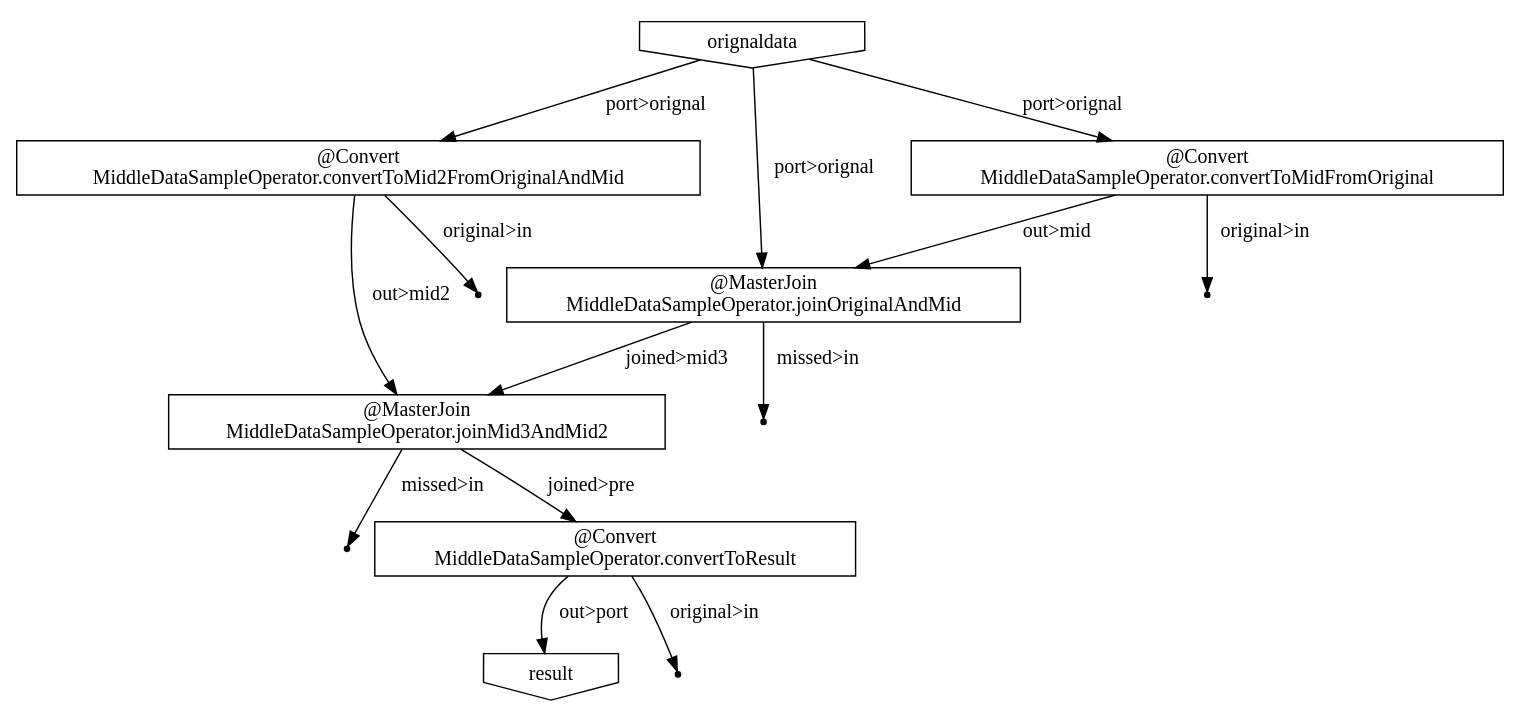
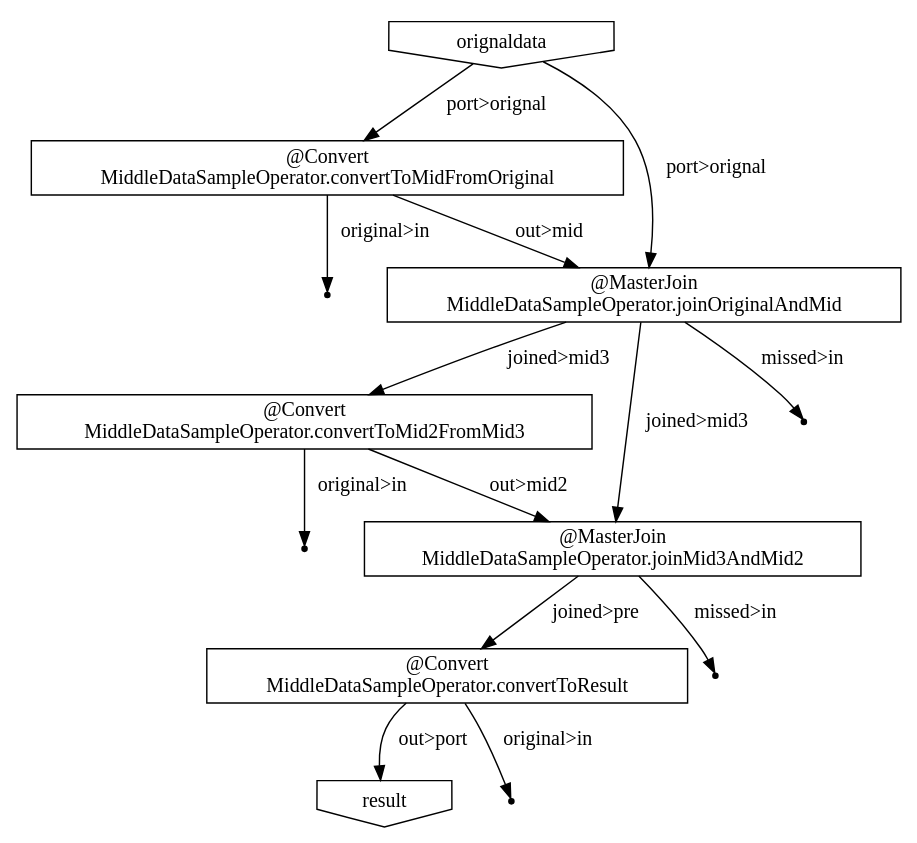
The diagram in target/batchc/mdsBatch/opt/dsl-analysis/jobflow/TheMiddataSampleJobFlow/flowgraph.dot (ironpeace/AsakusaMiddleDataSample), drawn with Graphviz before and after one commit. The commit also changed 62 other files, not shown here.

```diff
--- a/target/batchc/mdsBatch/opt/dsl-analysis/jobflow/TheMiddataSampleJobFlow/flowgraph.dot
+++ b/target/batchc/mdsBatch/opt/dsl-analysis/jobflow/TheMiddataSampleJobFlow/flowgraph.dot
@@ -1,27 +1,27 @@
 digraph {
-    "c7204c4f-f026-4775-9d00-3e72ca866353" [shape=point];
-    "e3698f4d-df55-47b6-97d8-f5b9108ef071" [shape=invhouse, label="result"];
-    "5bc02a93-436a-4862-87d8-0832439a6fc8" [shape=point];
-    "8edd0e8f-5926-4d5b-a360-19b13ff2522b" [shape=box, label="@MasterJoin\nMiddleDataSampleOperator.joinOriginalAndMid"];
-    "09aebe5f-8ca9-412e-89f6-36b0ee525d2d" [shape=point];
-    "ae2a4e70-0056-4b8c-afb5-39affea0e6df" [shape=box, label="@Convert\nMiddleDataSampleOperator.convertToResult"];
-    "9514477b-f8ee-42fd-ad8e-4962601d3ca7" [shape=point];
-    "1f30f8e2-1eb3-47fd-8234-4a13d2b5a603" [shape=box, label="@Convert\nMiddleDataSampleOperator.convertToMid2FromOriginalAndMid"];
-    "34f0b20b-9102-47e5-9708-22c4ca7b243b" [shape=box, label="@Convert\nMiddleDataSampleOperator.convertToMidFromOriginal"];
-    "7fe9c237-5a77-4731-a1bf-584d07fb73f2" [shape=box, label="@MasterJoin\nMiddleDataSampleOperator.joinMid3AndMid2"];
-    "aca6e442-1237-4152-81c9-b6a6ab6c3294" [shape=point];
-    "310396bf-e7be-4a6b-9349-fcac3cb2d5d7" [shape=invhouse, label="orignaldata"];
-    "8edd0e8f-5926-4d5b-a360-19b13ff2522b" -> "7fe9c237-5a77-4731-a1bf-584d07fb73f2" [label="joined>mid3"];
-    "8edd0e8f-5926-4d5b-a360-19b13ff2522b" -> "9514477b-f8ee-42fd-ad8e-4962601d3ca7" [label="missed>in"];
-    "ae2a4e70-0056-4b8c-afb5-39affea0e6df" -> "5bc02a93-436a-4862-87d8-0832439a6fc8" [label="original>in"];
-    "ae2a4e70-0056-4b8c-afb5-39affea0e6df" -> "e3698f4d-df55-47b6-97d8-f5b9108ef071" [label="out>port"];
-    "1f30f8e2-1eb3-47fd-8234-4a13d2b5a603" -> "c7204c4f-f026-4775-9d00-3e72ca866353" [label="original>in"];
-    "1f30f8e2-1eb3-47fd-8234-4a13d2b5a603" -> "7fe9c237-5a77-4731-a1bf-584d07fb73f2" [label="out>mid2"];
-    "34f0b20b-9102-47e5-9708-22c4ca7b243b" -> "aca6e442-1237-4152-81c9-b6a6ab6c3294" [label="original>in"];
-    "34f0b20b-9102-47e5-9708-22c4ca7b243b" -> "8edd0e8f-5926-4d5b-a360-19b13ff2522b" [label="out>mid"];
-    "7fe9c237-5a77-4731-a1bf-584d07fb73f2" -> "ae2a4e70-0056-4b8c-afb5-39affea0e6df" [label="joined>pre"];
-    "7fe9c237-5a77-4731-a1bf-584d07fb73f2" -> "09aebe5f-8ca9-412e-89f6-36b0ee525d2d" [label="missed>in"];
-    "310396bf-e7be-4a6b-9349-fcac3cb2d5d7" -> "1f30f8e2-1eb3-47fd-8234-4a13d2b5a603" [label="port>orignal"];
-    "310396bf-e7be-4a6b-9349-fcac3cb2d5d7" -> "8edd0e8f-5926-4d5b-a360-19b13ff2522b" [label="port>orignal"];
-    "310396bf-e7be-4a6b-9349-fcac3cb2d5d7" -> "34f0b20b-9102-47e5-9708-22c4ca7b243b" [label="port>orignal"];
+    "2f9c2322-43f4-4ea8-9551-e88dc27ebe5a" [shape=box, label="@Convert\nMiddleDataSampleOperator.convertToMidFromOriginal"];
+    "4d9634c6-f118-4435-8390-788b3f1ba6c4" [shape=point];
+    "66360e42-c0dc-4e4a-a77e-97712091dc70" [shape=box, label="@Convert\nMiddleDataSampleOperator.convertToMid2FromMid3"];
+    "3599399a-b2dd-405e-b1e5-df13f9ad7a33" [shape=box, label="@MasterJoin\nMiddleDataSampleOperator.joinMid3AndMid2"];
+    "6a4da746-89e7-4ab1-82d9-36e37a303d5f" [shape=point];
+    "3626f55a-d399-4545-b53a-dd2d4ab4a784" [shape=box, label="@Convert\nMiddleDataSampleOperator.convertToResult"];
+    "001649ab-33f6-4834-b01a-935a26713a26" [shape=box, label="@MasterJoin\nMiddleDataSampleOperator.joinOriginalAndMid"];
+    "b1fb1b67-c06c-40b6-8947-54c8abee3fe1" [shape=invhouse, label="result"];
+    "c9ddfafd-3d0b-4fe1-9471-475a9d108d16" [shape=point];
+    "65cefb49-c673-4c9e-983a-428e26fb5806" [shape=point];
+    "4db66942-a329-4e92-970f-58f8dd1c0dab" [shape=invhouse, label="orignaldata"];
+    "4c80c810-6811-497e-a49f-2e48dcef69fe" [shape=point];
+    "2f9c2322-43f4-4ea8-9551-e88dc27ebe5a" -> "4d9634c6-f118-4435-8390-788b3f1ba6c4" [label="original>in"];
+    "2f9c2322-43f4-4ea8-9551-e88dc27ebe5a" -> "001649ab-33f6-4834-b01a-935a26713a26" [label="out>mid"];
+    "66360e42-c0dc-4e4a-a77e-97712091dc70" -> "65cefb49-c673-4c9e-983a-428e26fb5806" [label="original>in"];
+    "66360e42-c0dc-4e4a-a77e-97712091dc70" -> "3599399a-b2dd-405e-b1e5-df13f9ad7a33" [label="out>mid2"];
+    "3599399a-b2dd-405e-b1e5-df13f9ad7a33" -> "3626f55a-d399-4545-b53a-dd2d4ab4a784" [label="joined>pre"];
+    "3599399a-b2dd-405e-b1e5-df13f9ad7a33" -> "4c80c810-6811-497e-a49f-2e48dcef69fe" [label="missed>in"];
+    "3626f55a-d399-4545-b53a-dd2d4ab4a784" -> "c9ddfafd-3d0b-4fe1-9471-475a9d108d16" [label="original>in"];
+    "3626f55a-d399-4545-b53a-dd2d4ab4a784" -> "b1fb1b67-c06c-40b6-8947-54c8abee3fe1" [label="out>port"];
+    "001649ab-33f6-4834-b01a-935a26713a26" -> "66360e42-c0dc-4e4a-a77e-97712091dc70" [label="joined>mid3"];
+    "001649ab-33f6-4834-b01a-935a26713a26" -> "3599399a-b2dd-405e-b1e5-df13f9ad7a33" [label="joined>mid3"];
+    "001649ab-33f6-4834-b01a-935a26713a26" -> "6a4da746-89e7-4ab1-82d9-36e37a303d5f" [label="missed>in"];
+    "4db66942-a329-4e92-970f-58f8dd1c0dab" -> "2f9c2322-43f4-4ea8-9551-e88dc27ebe5a" [label="port>orignal"];
+    "4db66942-a329-4e92-970f-58f8dd1c0dab" -> "001649ab-33f6-4834-b01a-935a26713a26" [label="port>orignal"];
 }
```
